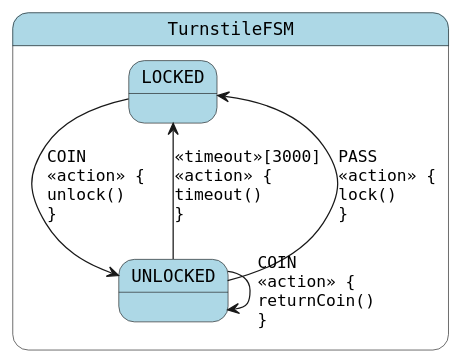
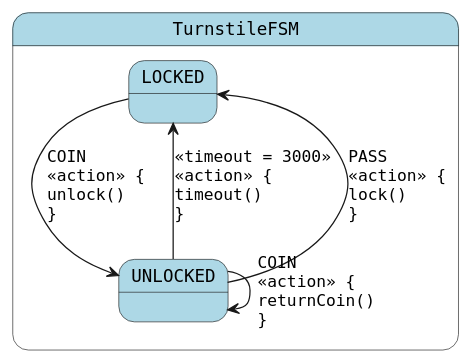
Before and after one commit to open-jumpco/kfsm-web: the diagram in generated/turnstile.plantuml, drawn with PlantUML. The commit also changed 5 other files, not shown here.

```diff
--- a/generated/turnstile.plantuml
+++ b/generated/turnstile.plantuml
@@ -1,13 +1,13 @@
 @startuml
 skinparam StateFontName Helvetica
 skinparam defaultFontName Monospaced
 skinparam state {
     BackgroundColor LightBlue
 }
 state TurnstileFSM {
 LOCKED --> UNLOCKED : COIN\l<<action>> {\lunlock()\l}
-UNLOCKED --> LOCKED : <<timeout>>[3000]\l<<action>> {\ltimeout()\l}
+UNLOCKED --> LOCKED : <<timeout = 3000>>\l<<action>> {\ltimeout()\l}
 UNLOCKED --> LOCKED : PASS\l<<action>> {\llock()\l}
 UNLOCKED --> UNLOCKED : COIN\l<<action>> {\lreturnCoin()\l}
 }
 @enduml
```
